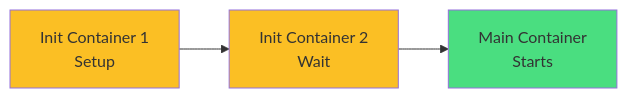
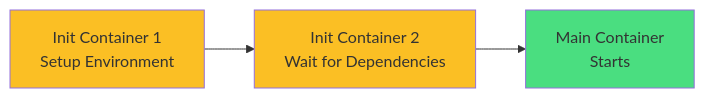
Before and after one commit to courselabs/kubernetes: diagram 15 of 18 in slides/daemonsets/slides.md, drawn with Mermaid. The commit also changed other lines of this file and 7 other files, not shown here.

````diff
--- a/slides/daemonsets/slides.md
+++ b/slides/daemonsets/slides.md
@@ -613,8 +747,9 @@
 ```mermaid
 graph LR
-    I1[Init Container 1<br/>Setup] --> I2[Init Container 2<br/>Wait]
+    I1[Init Container 1<br/>Setup Environment] --> I2[Init Container 2<br/>Wait for Dependencies]
     I2 --> M[Main Container<br/>Starts]
+
     style I1 fill:#fbbf24
     style I2 fill:#fbbf24
     style M fill:#4ade80
 ```
````
